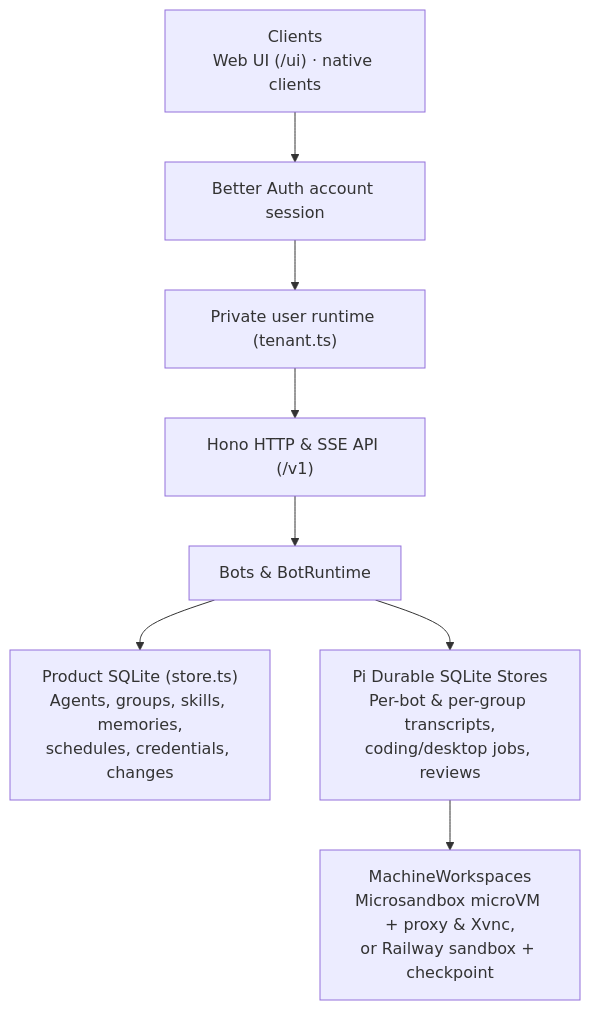
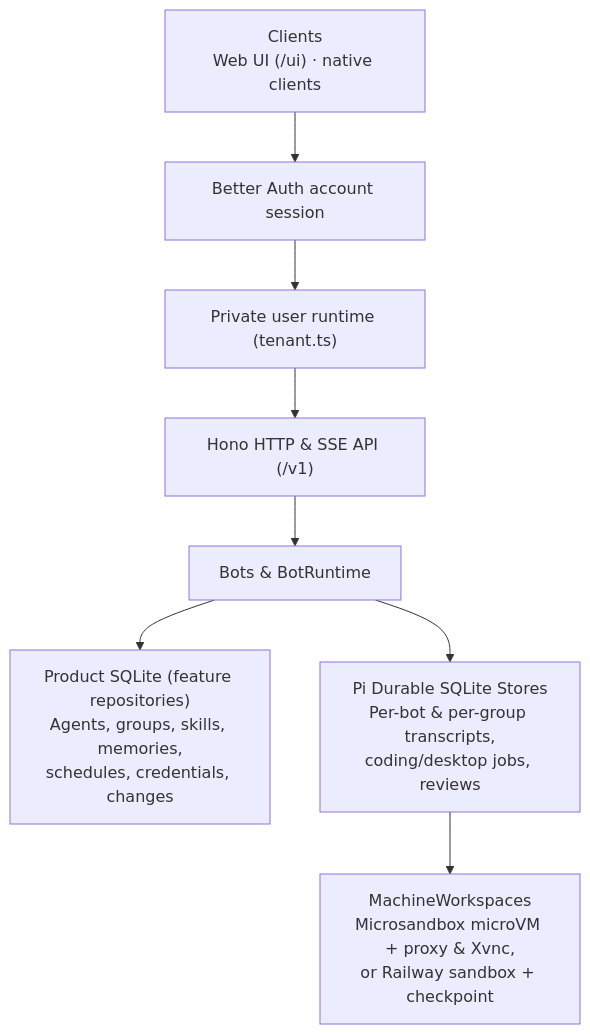
The diagram in docs/architecture.md (crumble-project/bot), drawn with Mermaid before and after one commit. The commit also changed other lines of this file and 1 other file, not shown here.

````diff
--- a/docs/architecture.md
+++ b/docs/architecture.md
@@ -5,10 +5,10 @@
 ```mermaid
 flowchart TD
   Clients["Clients\nWeb UI (/ui) · native clients"] --> Auth["Better Auth account session"]
   Auth --> Tenant["Private user runtime (tenant.ts)"]
   Tenant --> API["Hono HTTP & SSE API (/v1)"]
   API --> Service["Bots & BotRuntime"]
-  Service --> Store["Product SQLite (store.ts)\nAgents, groups, skills, memories,\nschedules, credentials, changes"]
+  Service --> Store["Product SQLite (feature repositories)\nAgents, groups, skills, memories,\nschedules, credentials, changes"]
   Service --> Pi["Pi Durable SQLite Stores\nPer-bot & per-group transcripts,\ncoding/desktop jobs, reviews"]
   Pi --> Workspaces["MachineWorkspaces\nMicrosandbox microVM + proxy & Xvnc,\nor Railway sandbox + checkpoint"]
 ```
````
